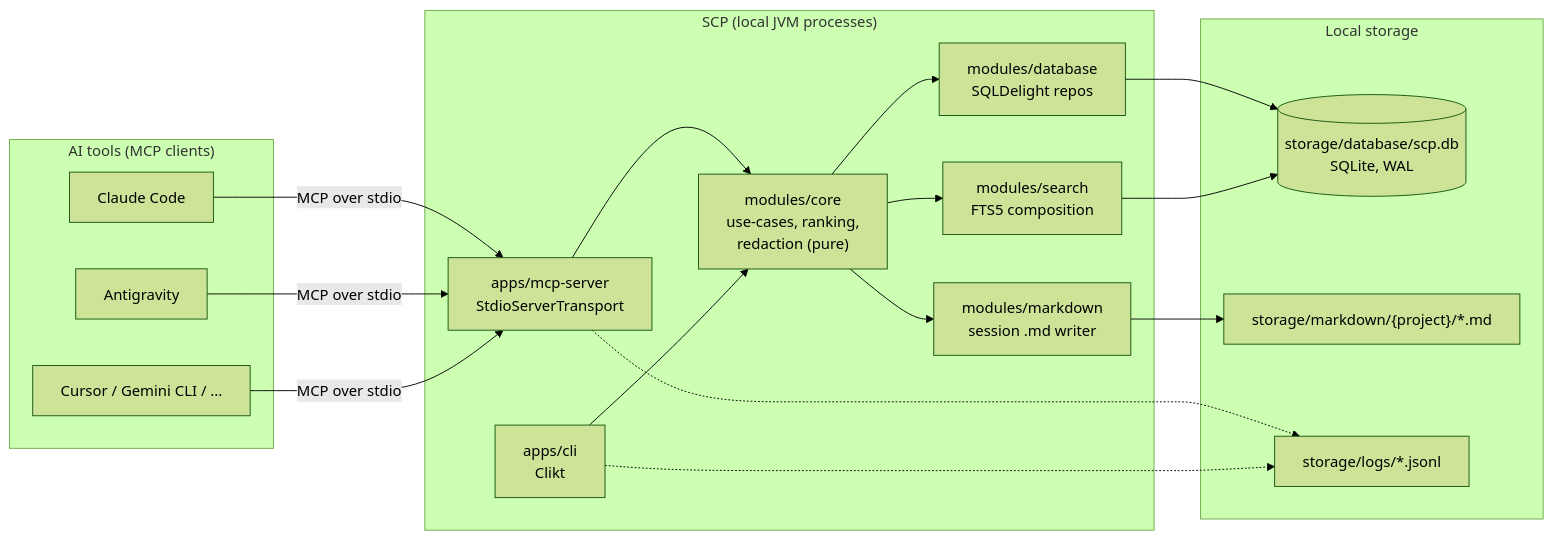
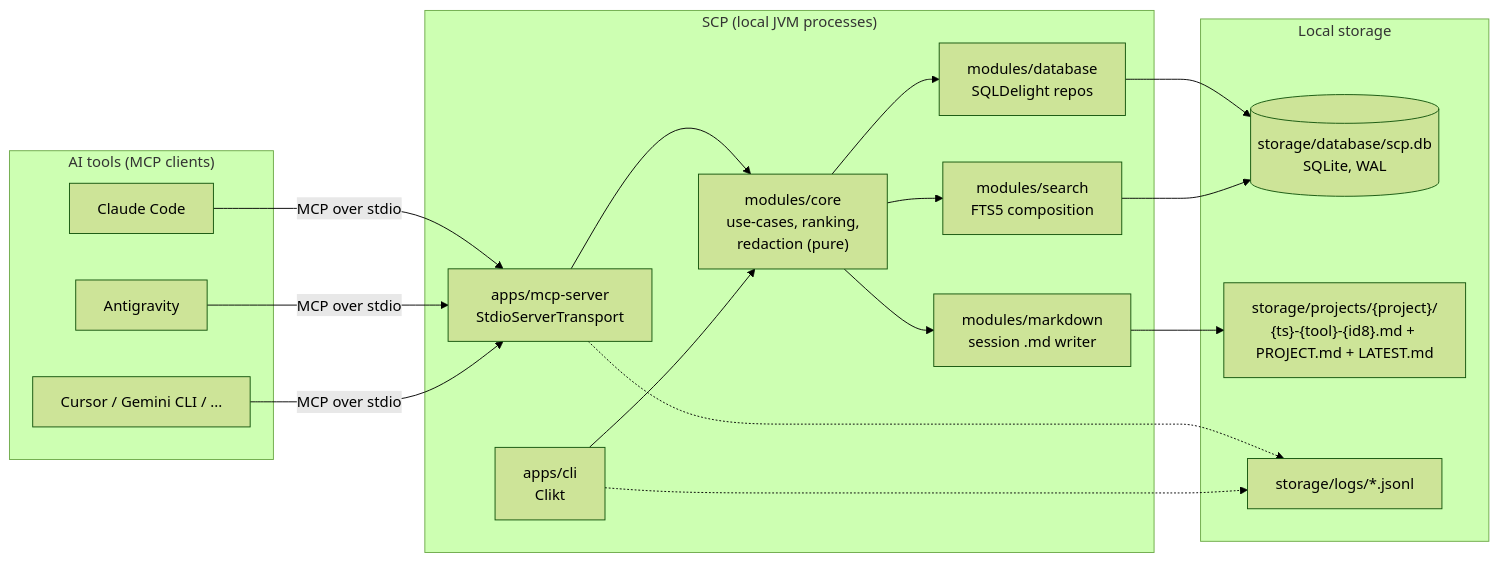
One commit to Being01Amit/shared-context-protocol changed the first of 2 diagrams in docs/01-architecture.md. Above: the diagram before and after it, drawn with Mermaid (forest theme). The commit also changed other lines of this file and 64 other files, not shown here.

````diff
--- a/docs/01-architecture.md
+++ b/docs/01-architecture.md
@@ -9,37 +9,37 @@
 ```mermaid
 flowchart LR
     subgraph clients["AI tools (MCP clients)"]
         CC[Claude Code]
         AG[Antigravity]
         CU[Cursor / Gemini CLI / ...]
     end
 
     subgraph scp["SCP (local JVM processes)"]
         MCP["apps/mcp-server<br/>StdioServerTransport"]
         CLI["apps/cli<br/>Clikt"]
         CORE["modules/core<br/>use-cases, ranking,<br/>redaction (pure)"]
         DB["modules/database<br/>SQLDelight repos"]
         SEARCH["modules/search<br/>FTS5 composition"]
         MD["modules/markdown<br/>session .md writer"]
     end
 
     subgraph storage["Local storage"]
         SQLITE[("storage/database/scp.db<br/>SQLite, WAL")]
-        MDFILES["storage/markdown/{project}/*.md"]
+        MDFILES["storage/projects/{project}/<br/>{ts}-{tool}-{id8}.md + PROJECT.md + LATEST.md"]
         LOGS["storage/logs/*.jsonl"]
     end
 
     CC -- "MCP over stdio" --> MCP
     AG -- "MCP over stdio" --> MCP
     CU -- "MCP over stdio" --> MCP
     MCP --> CORE
     CLI --> CORE
     CORE --> DB
     CORE --> SEARCH
     CORE --> MD
     DB --> SQLITE
     SEARCH --> SQLITE
     MD --> MDFILES
     MCP -.-> LOGS
     CLI -.-> LOGS
 ```
````
